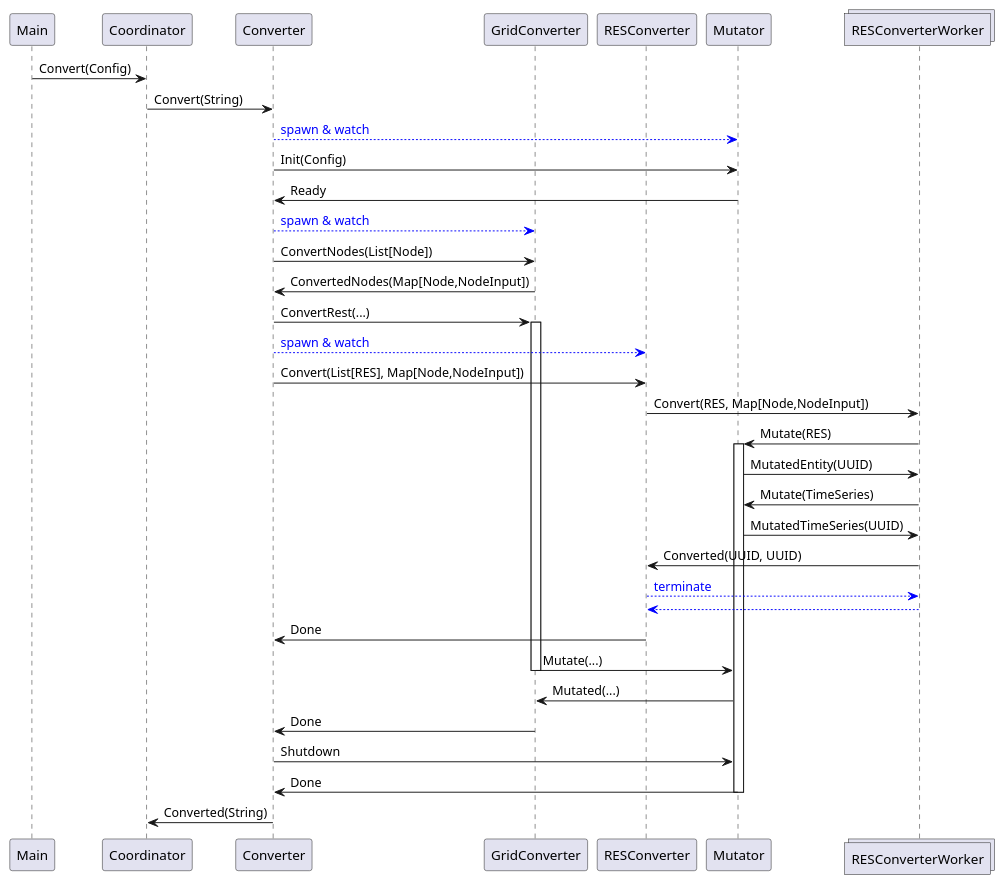
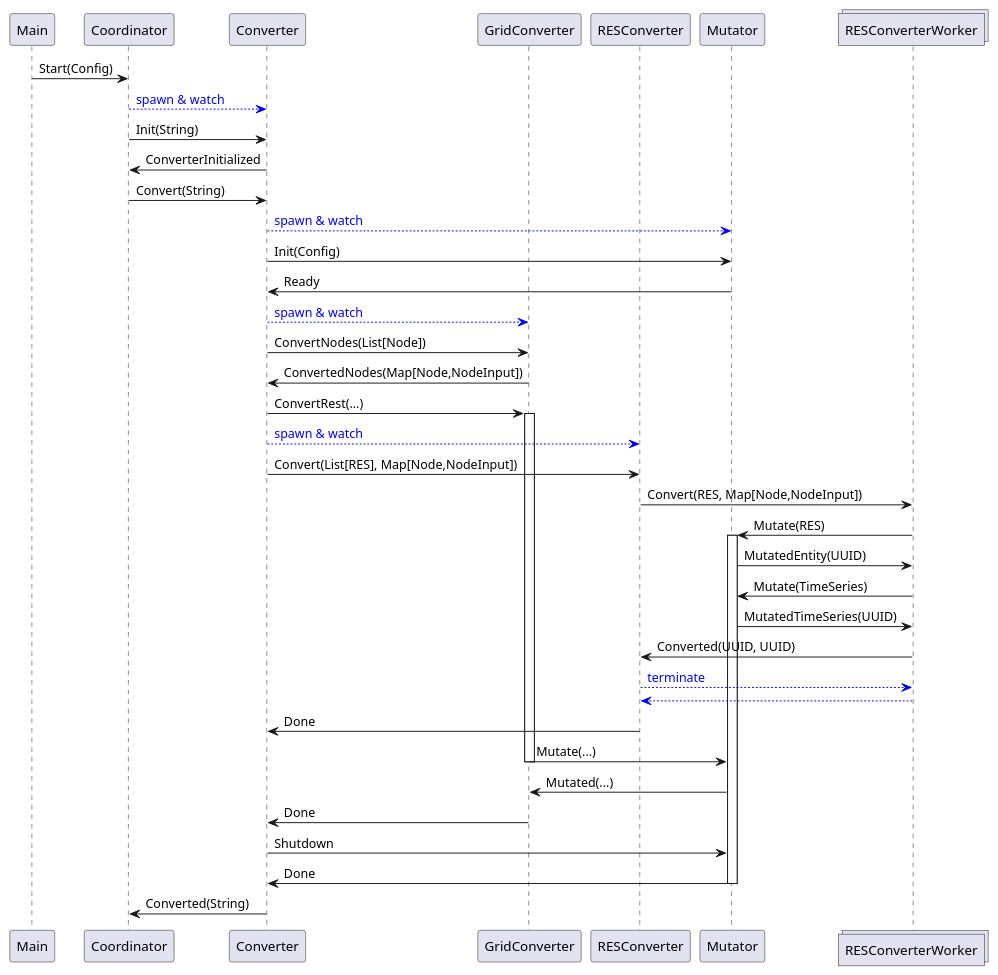
One commit to ie3-institute/simBench2psdm changed the diagram in docs/diagrams/protocol/protocol.puml. Above: the diagram before and after it, drawn with PlantUML. The commit also changed 3 other files, not shown here.

```diff
--- a/docs/diagrams/protocol/protocol.puml
+++ b/docs/diagrams/protocol/protocol.puml
@@ -1,46 +1,49 @@
 @startuml
 
 participant Main
 participant Coordinator
 participant Converter
 participant GridConverter
 participant RESConverter
 participant Mutator
 collections RESConverterWorker
 
-Main -> Coordinator: Convert(Config)
+Main -> Coordinator: Start(Config)
+Coordinator --[#blue]> Converter: <font color=blue>spawn & watch</font>
+Coordinator -> Converter: Init(String)
+Coordinator <- Converter: ConverterInitialized
 Coordinator -> Converter: Convert(String)
 Converter --[#blue]> Mutator: <font color=blue>spawn & watch</font>
 Converter -> Mutator: Init(Config)
 Converter <- Mutator: Ready
 Converter --[#blue]> GridConverter: <font color=blue>spawn & watch</font>
 Converter -> GridConverter: ConvertNodes(List[Node])
 Converter <- GridConverter: ConvertedNodes(Map[Node,NodeInput])
 
 Converter -> GridConverter: ConvertRest(...)
 activate GridConverter
 
 Converter --[#blue]> RESConverter: <font color=blue>spawn & watch</font>
 Converter -> RESConverter: Convert(List[RES], Map[Node,NodeInput])
 RESConverter -> RESConverterWorker: Convert(RES, Map[Node,NodeInput])
 RESConverterWorker -> Mutator: Mutate(RES)
 activate Mutator
 RESConverterWorker <- Mutator: MutatedEntity(UUID)
 RESConverterWorker -> Mutator: Mutate(TimeSeries)
 RESConverterWorker <- Mutator: MutatedTimeSeries(UUID)
 RESConverter <- RESConverterWorker: Converted(UUID, UUID)
 RESConverter --[#blue]> RESConverterWorker: <font color=blue>terminate</font>
 RESConverter <--[#blue] RESConverterWorker
 Converter <- RESConverter: Done
 
 GridConverter -> Mutator: Mutate(...)
 deactivate GridConverter
 GridConverter <- Mutator: Mutated(...)
 Converter <- GridConverter: Done
 
 Converter -> Mutator: Shutdown
 Converter <- Mutator: Done
 deactivate Mutator
 
 Coordinator <- Converter: Converted(String)
 @enduml
```
